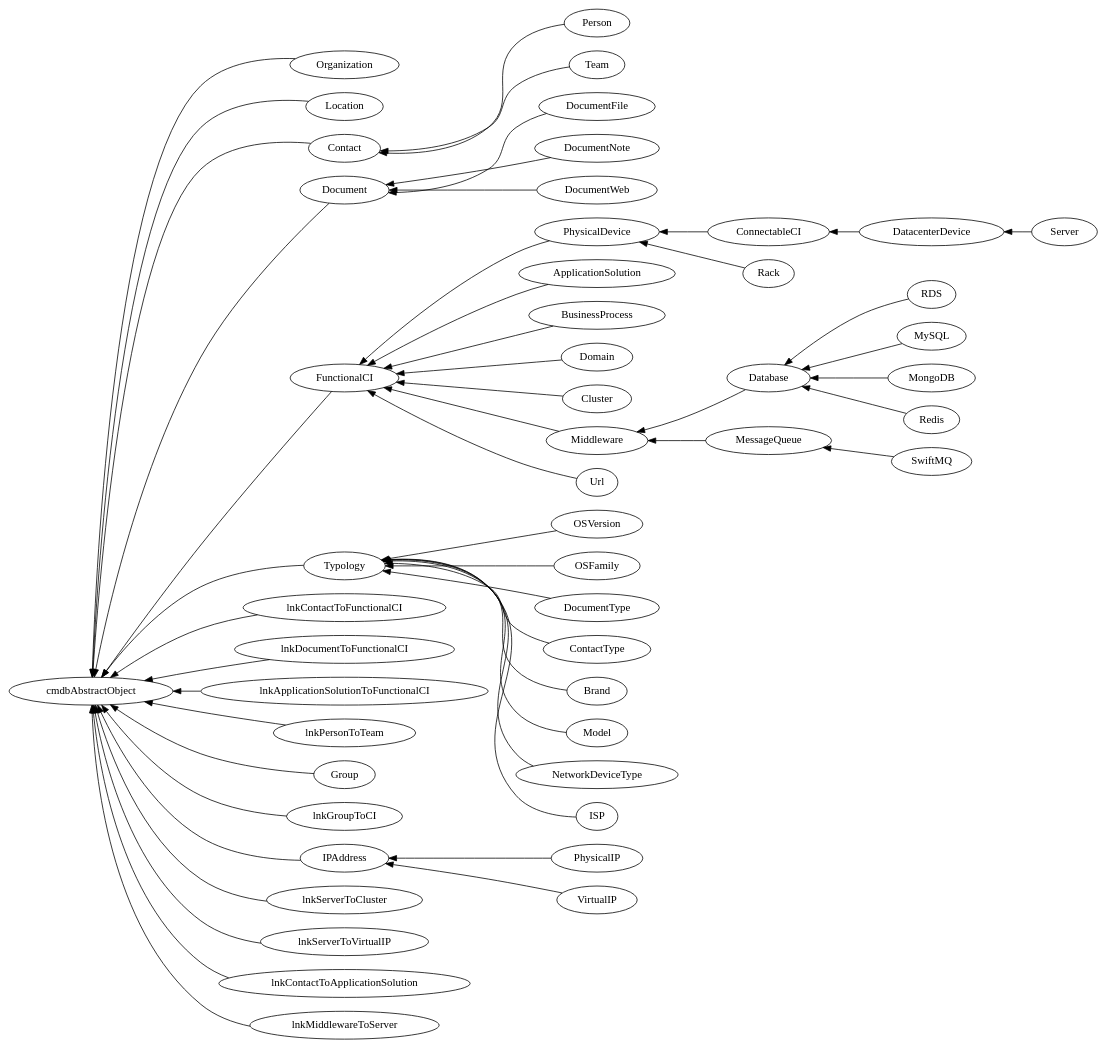
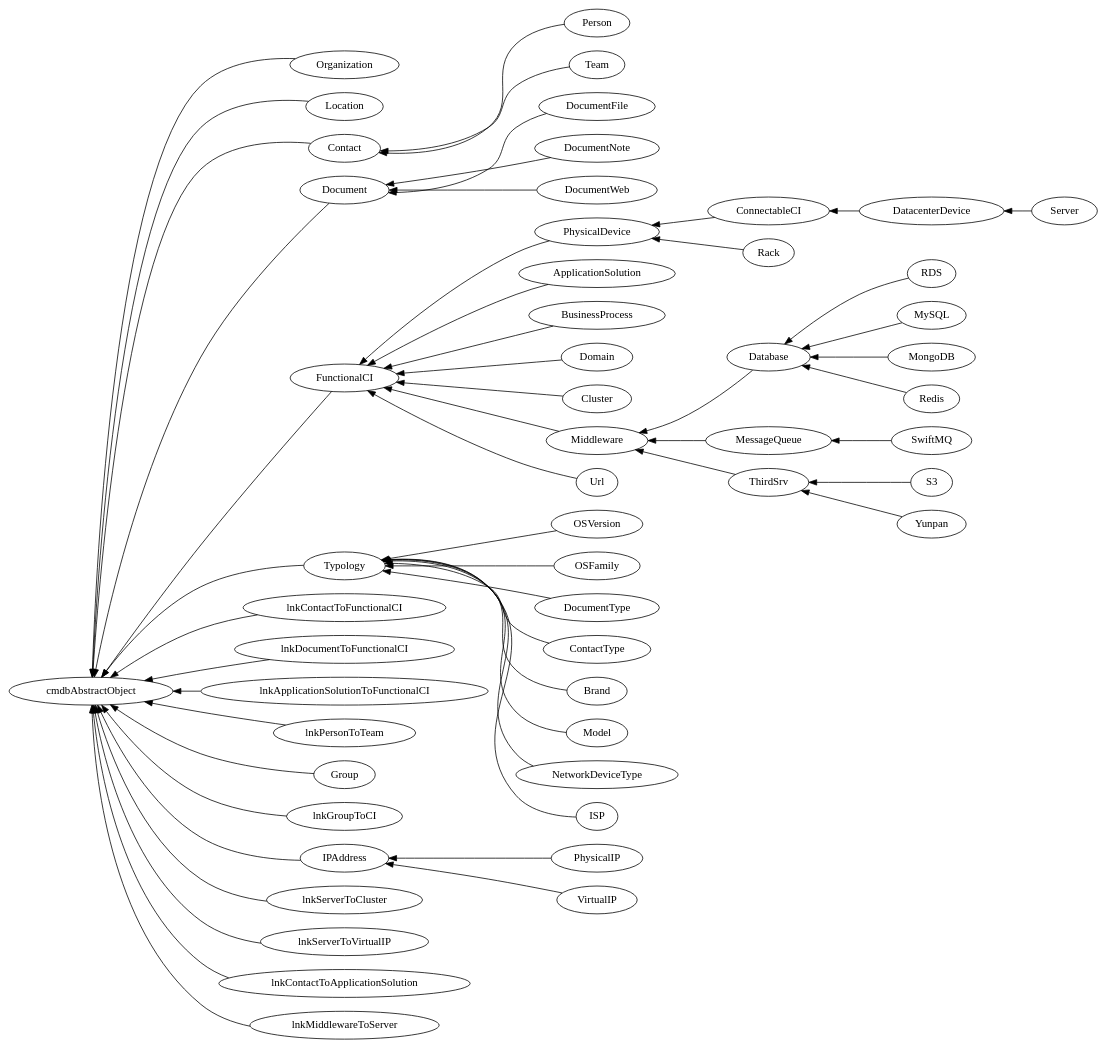
Before and after one commit to ops-itop/itop-extensions: the diagram in itop.dot, drawn with Graphviz. The commit also changed 6 other files, not shown here.

Commit message:
[le-config-mgmt]Middleware增加子类ThirdSrv, ThirdSrv包含子类S3,Yunpan

```diff
--- a/itop.dot
+++ b/itop.dot
@@ -1,53 +1,56 @@
 digraph G{
 rankdir=RL
 Organization->cmdbAbstractObject
 Location->cmdbAbstractObject
 Contact->cmdbAbstractObject
 Person->Contact
 Team->Contact
 Document->cmdbAbstractObject
 DocumentFile->Document
 DocumentNote->Document
 DocumentWeb->Document
 FunctionalCI->cmdbAbstractObject
 PhysicalDevice->FunctionalCI
 ConnectableCI->PhysicalDevice
 DatacenterDevice->ConnectableCI
 Server->DatacenterDevice
 ApplicationSolution->FunctionalCI
 BusinessProcess->FunctionalCI
 Typology->cmdbAbstractObject
 OSVersion->Typology
 OSFamily->Typology
 DocumentType->Typology
 ContactType->Typology
 Brand->Typology
 Model->Typology
 NetworkDeviceType->Typology
 lnkContactToFunctionalCI->cmdbAbstractObject
 lnkDocumentToFunctionalCI->cmdbAbstractObject
 lnkApplicationSolutionToFunctionalCI->cmdbAbstractObject
 lnkPersonToTeam->cmdbAbstractObject
 Group->cmdbAbstractObject
 lnkGroupToCI->cmdbAbstractObject
 IPAddress->cmdbAbstractObject
 PhysicalIP->IPAddress
 VirtualIP->IPAddress
 Domain->FunctionalCI
 Cluster->FunctionalCI
 Middleware->FunctionalCI
 Database->Middleware
 RDS->Database
 MySQL->Database
 MongoDB->Database
 Redis->Database
 MessageQueue->Middleware
 SwiftMQ->MessageQueue
+ThirdSrv->Middleware
+S3->ThirdSrv
+Yunpan->ThirdSrv
 Url->FunctionalCI
 Rack->PhysicalDevice
 ISP->Typology
 lnkServerToCluster->cmdbAbstractObject
 lnkServerToVirtualIP->cmdbAbstractObject
 lnkContactToApplicationSolution->cmdbAbstractObject
 lnkMiddlewareToServer->cmdbAbstractObject
 }
```
